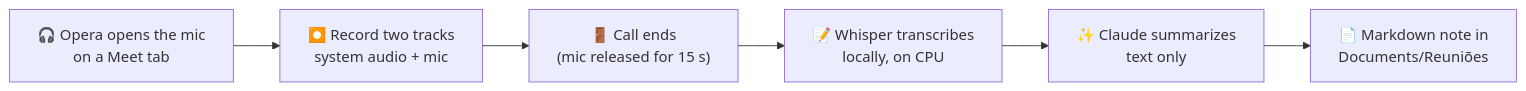
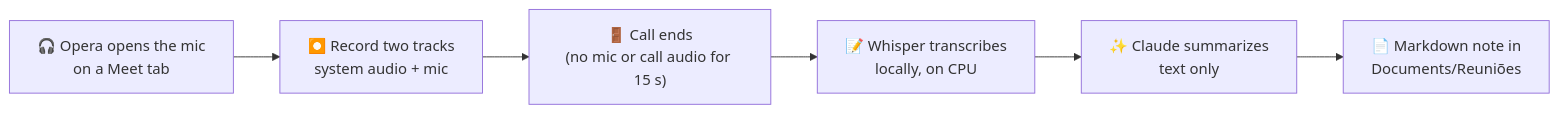
The diagram in README.md (anita211/anotador-reunioes), drawn with Mermaid before and after one commit. The commit also changed other lines of this file, not shown here.

````diff
--- a/README.md
+++ b/README.md
@@ -44,8 +44,8 @@
 ```mermaid
 flowchart LR
     A["🎧 Opera opens the mic<br/>on a Meet tab"] --> B["⏺️ Record two tracks<br/>system audio + mic"]
-    B --> C["🚪 Call ends<br/>(mic released for 15 s)"]
+    B --> C["🚪 Call ends<br/>(no mic or call audio for 15 s)"]
     C --> D["📝 Whisper transcribes<br/>locally, on CPU"]
     D --> E["✨ Claude summarizes<br/>text only"]
     E --> F["📄 Markdown note in<br/>Documents/Reuniões"]
 ```
````
